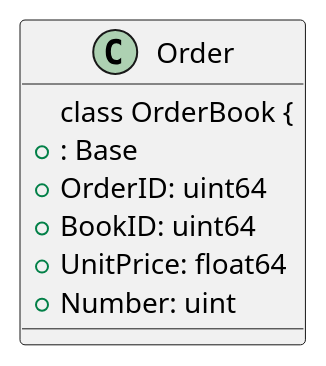
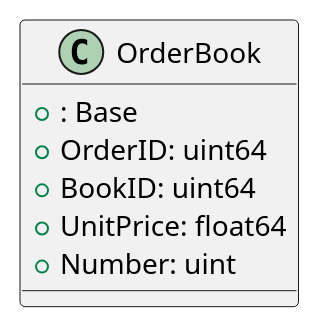
The diagram in uml/tmp.puml (zouyonghe/High-Performance-Online-Bookstore), drawn with PlantUML before and after one commit. The commit also changed 7 other files, not shown here.

```diff
--- a/uml/tmp.puml
+++ b/uml/tmp.puml
@@ -1,12 +1,11 @@
 @startuml
 'https://plantuml.com/class-diagram
-class Order {
 class OrderBook {
 +: Base
 +OrderID: uint64
 +BookID: uint64
 +UnitPrice: float64
 +Number: uint
 
 }
 @enduml
```
